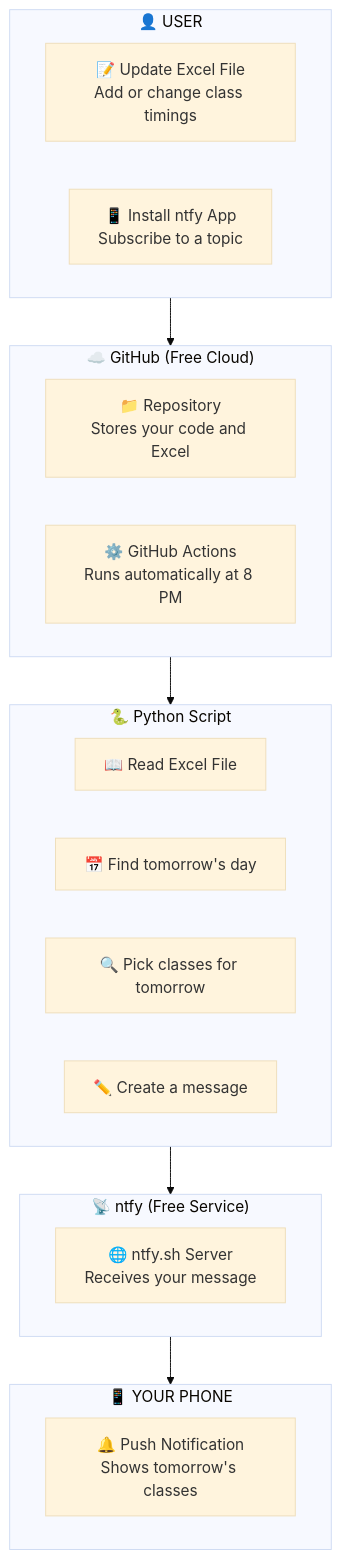
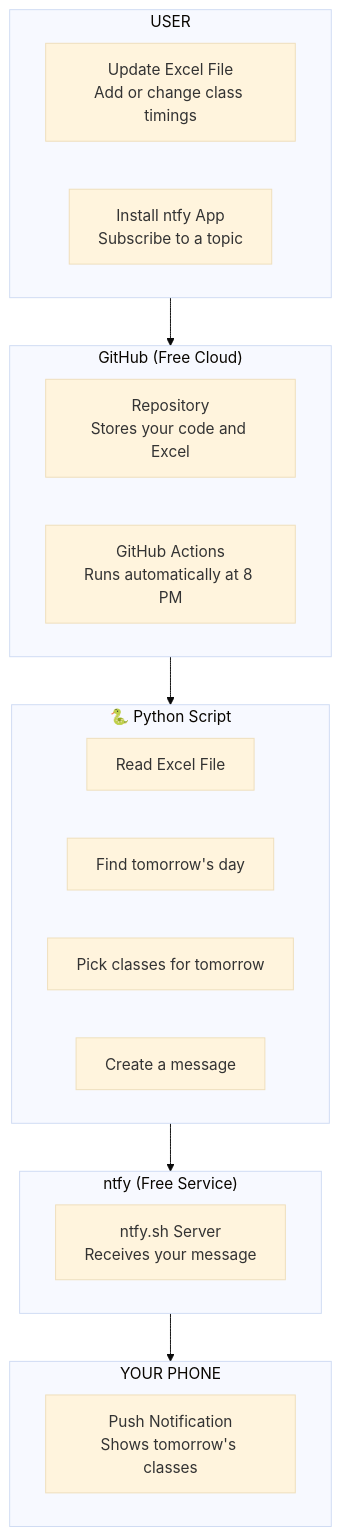
Before and after one commit to beluga0-0/TimeTable-Notifier: the diagram in README.md, drawn with Mermaid (base theme). The commit also changed 1 other file, not shown here.

Commit message:
Added Keep alive workflow and created a readme txt backup file to preserve the old workflow code

````diff
--- a/README.md
+++ b/README.md
@@ -5,33 +5,33 @@
 ```mermaid
 flowchart TD
-    subgraph A["👤 USER"]
-        S1["📝 Update Excel File<br/>Add or change class timings"]
-        S2["📱 Install ntfy App<br/>Subscribe to a topic"]
+    subgraph A[" USER"]
+        S1[" Update Excel File<br/>Add or change class timings"]
+        S2[" Install ntfy App<br/>Subscribe to a topic"]
     end
 
-    subgraph B["☁️ GitHub (Free Cloud)"]
-        B1["📁 Repository<br/>Stores your code and Excel"]
-        B2["⚙️ GitHub Actions<br/>Runs automatically at 8 PM"]
+    subgraph B[" GitHub (Free Cloud)"]
+        B1[" Repository<br/>Stores your code and Excel"]
+        B2[" GitHub Actions<br/>Runs automatically at 8 PM"]
     end
 
     subgraph C["🐍 Python Script"]
-        C1["📖 Read Excel File"]
-        C2["📅 Find tomorrow's day"]
-        C3["🔍 Pick classes for tomorrow"]
-        C4["✏️ Create a message"]
+        C1[" Read Excel File"]
+        C2[" Find tomorrow's day"]
+        C3[" Pick classes for tomorrow"]
+        C4[" Create a message"]
     end
 
-    subgraph D["📡 ntfy (Free Service)"]
-        D1["🌐 ntfy.sh Server<br/>Receives your message"]
+    subgraph D[" ntfy (Free Service)"]
+        D1[" ntfy.sh Server<br/>Receives your message"]
     end
 
-    subgraph E["📱 YOUR PHONE"]
-        E1["🔔 Push Notification<br/>Shows tomorrow's classes"]
+    subgraph E[" YOUR PHONE"]
+        E1[" Push Notification<br/>Shows tomorrow's classes"]
     end
 
     A --> B
     B --> C
     C --> D
     D --> E
 
 ```
````
